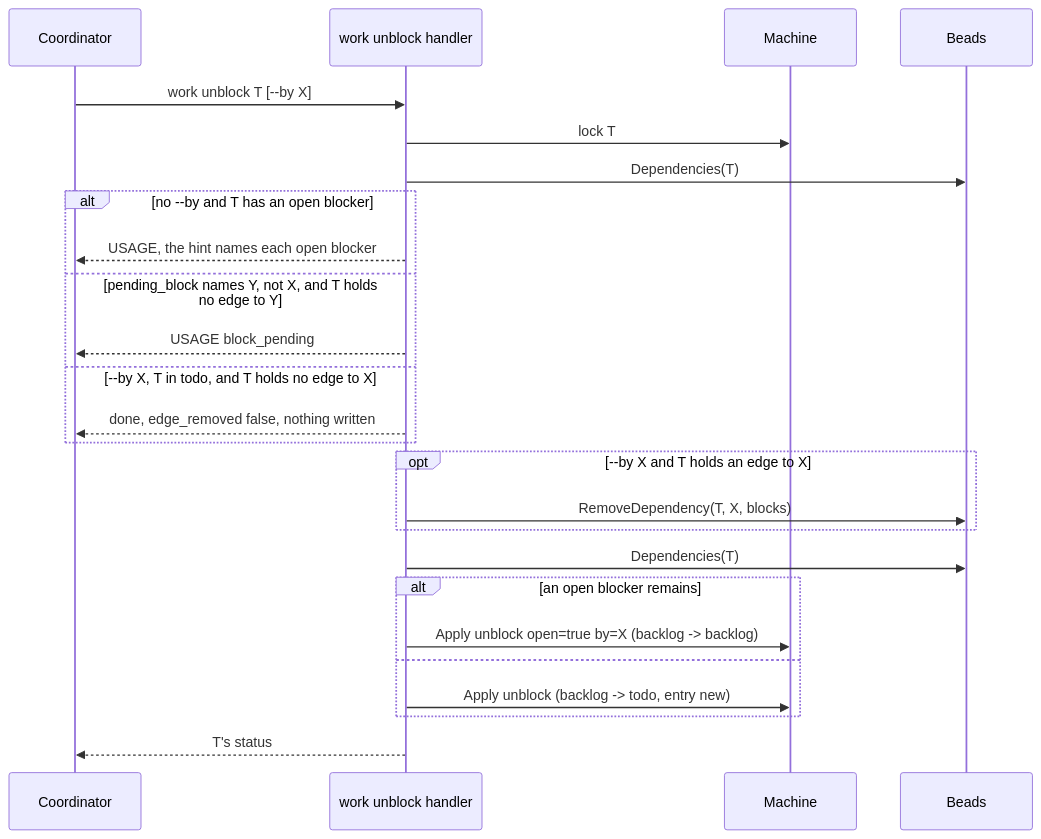
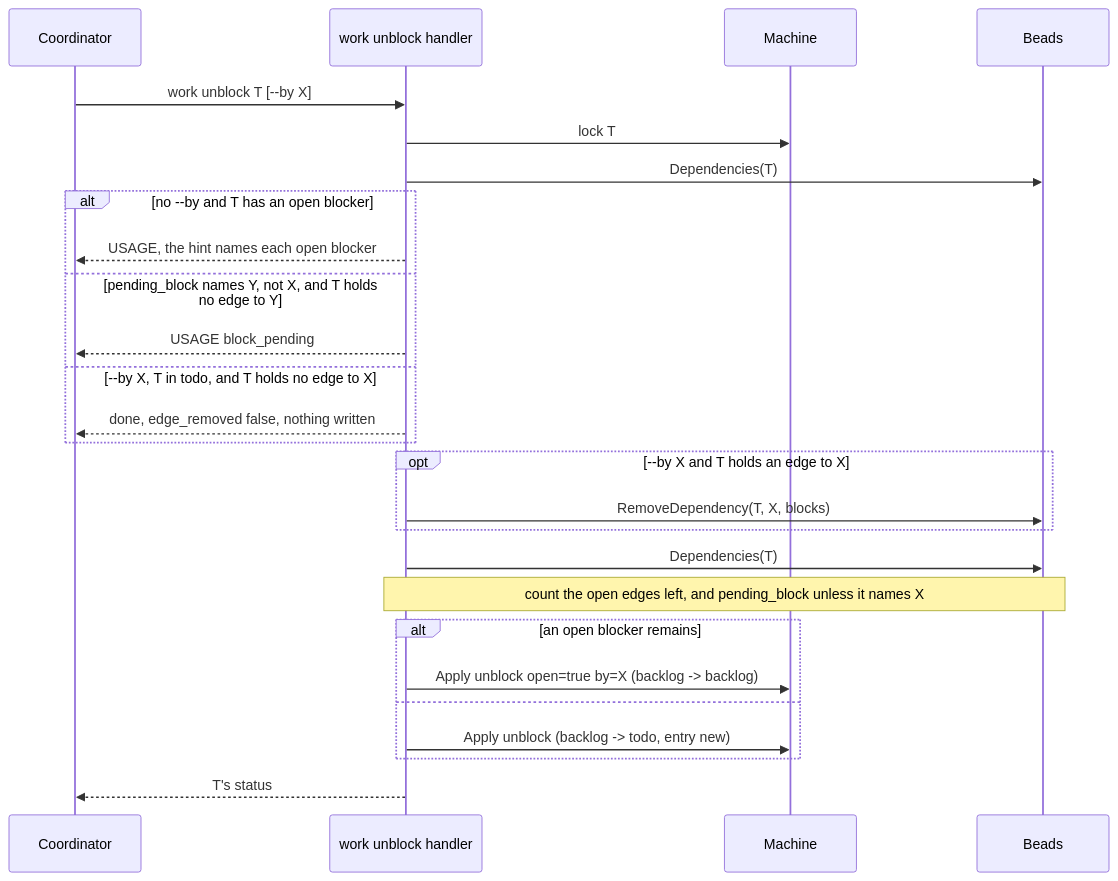
Before and after one commit to iantanwx/factory: the second of 6 diagrams in docs/plans/factorio-9wh-work-item-fields-spec.md, drawn with Mermaid. The commit also changed other lines of this file, not shown here.

````diff
--- a/docs/plans/factorio-9wh-work-item-fields-spec.md
+++ b/docs/plans/factorio-9wh-work-item-fields-spec.md
@@ -535,27 +552,28 @@
 ```mermaid
 sequenceDiagram
     participant C as Coordinator
     participant V as work unblock handler
     participant M as Machine
     participant B as Beads
     C->>V: work unblock T [--by X]
     V->>M: lock T
     V->>B: Dependencies(T)
     alt no --by and T has an open blocker
         V-->>C: USAGE, the hint names each open blocker
     else pending_block names Y, not X, and T holds no edge to Y
         V-->>C: USAGE block_pending
     else --by X, T in todo, and T holds no edge to X
         V-->>C: done, edge_removed false, nothing written
     end
     opt --by X and T holds an edge to X
         V->>B: RemoveDependency(T, X, blocks)
     end
     V->>B: Dependencies(T)
+    Note over V,B: count the open edges left, and pending_block unless it names X
     alt an open blocker remains
         V->>M: Apply unblock open=true by=X (backlog -> backlog)
     else
         V->>M: Apply unblock (backlog -> todo, entry new)
     end
     V-->>C: T's status
 ```
````
